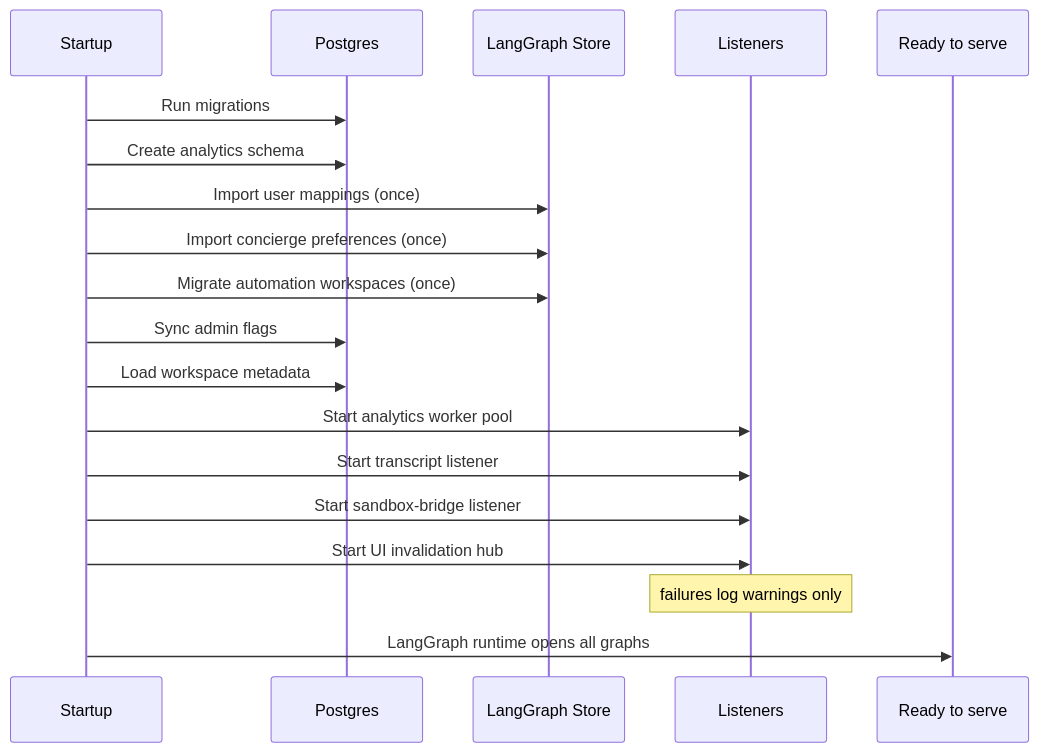
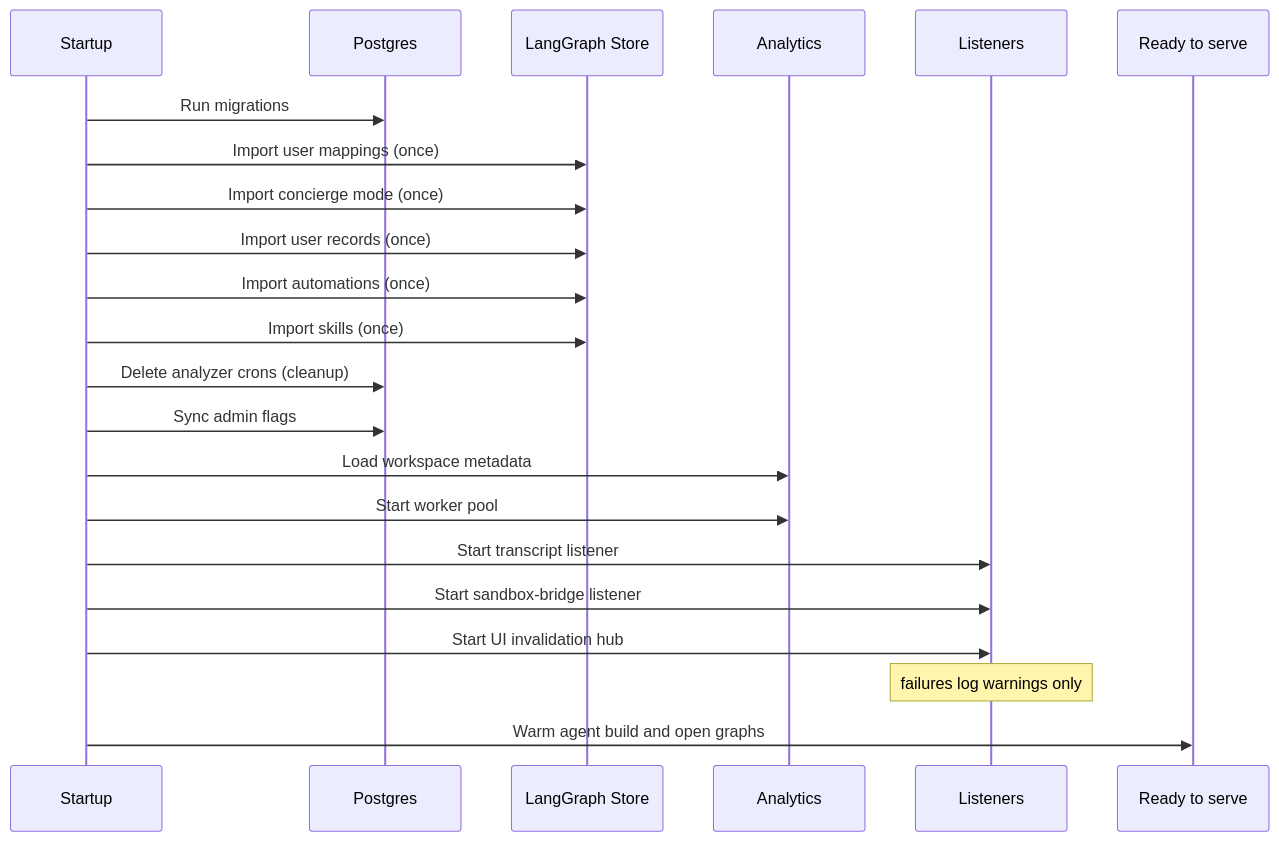
One commit to aeteq/open-swe changed the first of 3 diagrams in openwiki/operations/deployment.md. Above: the diagram before and after it, drawn with Mermaid. The commit also changed other lines of this file and 46 other files, not shown here.

````diff
--- a/openwiki/operations/deployment.md
+++ b/openwiki/operations/deployment.md
@@ -70,22 +70,25 @@
 ```mermaid
 sequenceDiagram
   participant Boot as Startup
   participant DB as Postgres
   participant Store as LangGraph Store
+  participant Analytics as Analytics
   participant Listeners
   participant Ready as Ready to serve
 
   Boot->>DB: Run migrations
-  Boot->>DB: Create analytics schema
   Boot->>Store: Import user mappings (once)
-  Boot->>Store: Import concierge preferences (once)
-  Boot->>Store: Migrate automation workspaces (once)
+  Boot->>Store: Import concierge mode (once)
+  Boot->>Store: Import user records (once)
+  Boot->>Store: Import automations (once)
+  Boot->>Store: Import skills (once)
+  Boot->>DB: Delete analyzer crons (cleanup)
   Boot->>DB: Sync admin flags
-  Boot->>DB: Load workspace metadata
-  Boot->>Listeners: Start analytics worker pool
+  Boot->>Analytics: Load workspace metadata
+  Boot->>Analytics: Start worker pool
   Boot->>Listeners: Start transcript listener
   Boot->>Listeners: Start sandbox-bridge listener
   Boot->>Listeners: Start UI invalidation hub
   Note over Listeners: failures log warnings only
-  Boot->>Ready: LangGraph runtime opens all graphs
+  Boot->>Ready: Warm agent build and open graphs
 ```
````
